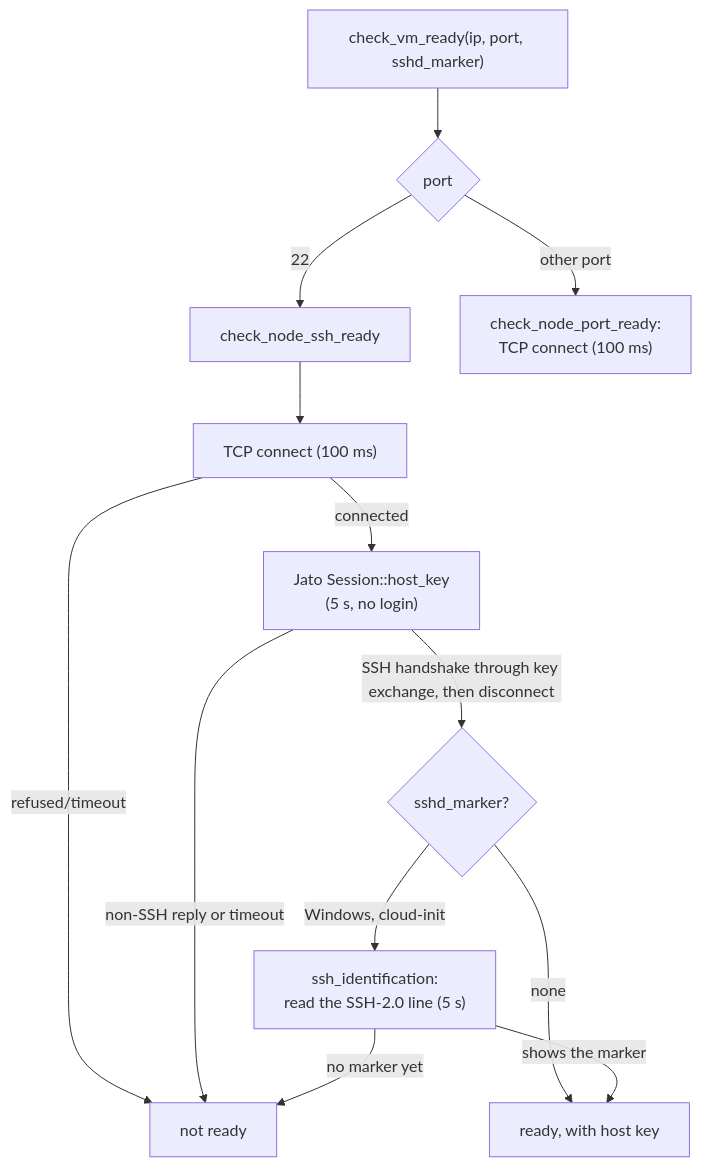
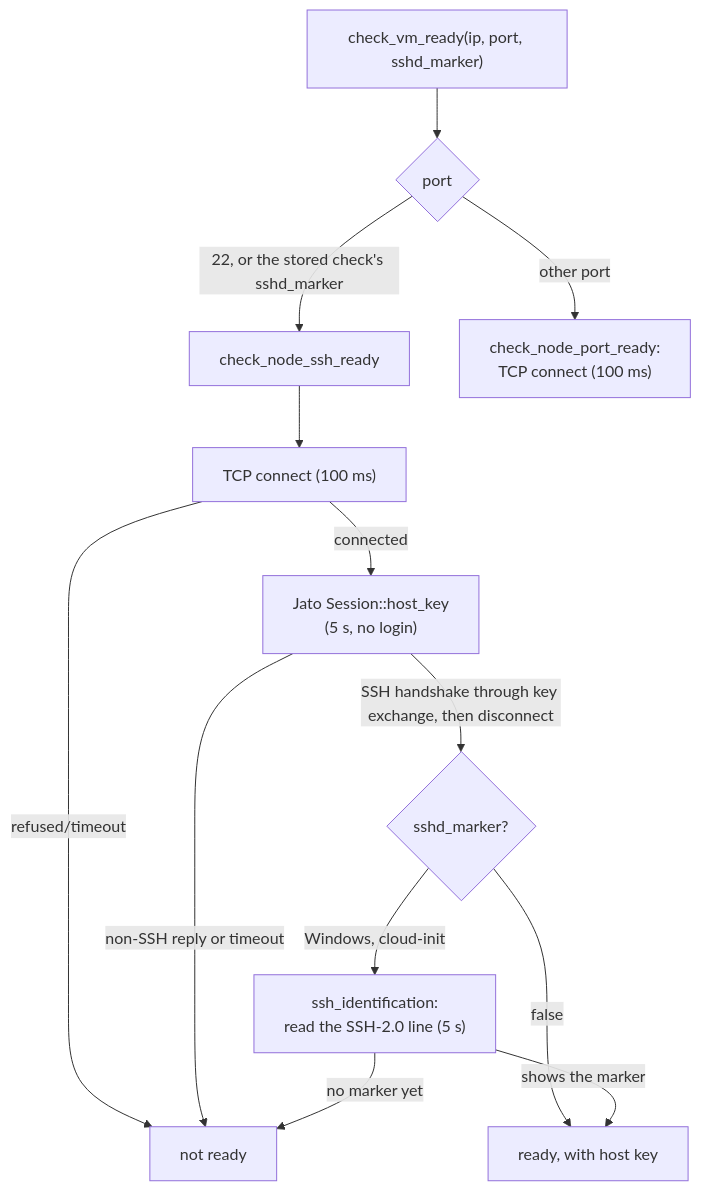
One commit to bwks/sherpa changed diagram 22 of 26 in docs/architecture/SERVER.md. Above: the diagram before and after it, drawn with Mermaid. The commit also changed other lines of this file and 9 other files, not shown here.

First line of the commit message:
docs: Keycloak and SurrealDB get per-node admins, and every readiness path reads the Windows marker [skip ci]

````diff
--- a/docs/architecture/SERVER.md
+++ b/docs/architecture/SERVER.md
@@ -1472,15 +1472,15 @@
 ```mermaid
 flowchart TB
     check["check_vm_ready(ip, port, sshd_marker)"] --> port{"port"}
-    port -->|22| ssh["check_node_ssh_ready"]
+    port -->|"22, or the stored check's sshd_marker"| ssh["check_node_ssh_ready"]
     ssh --> tcp["TCP connect (100 ms)"]
     tcp -->|"refused/timeout"| notready["not ready"]
     tcp -->|connected| hostkey["Jato Session::host_key<br/>(5 s, no login)"]
     hostkey -->|"non-SSH reply or timeout"| notready
     hostkey -->|"SSH handshake through key exchange, then disconnect"| marker{"sshd_marker?"}
-    marker -->|none| ready["ready, with host key"]
+    marker -->|false| ready["ready, with host key"]
     marker -->|"Windows, cloud-init"| ident["ssh_identification:<br/>read the SSH-2.0 line (5 s)"]
     ident -->|"shows the marker"| ready
     ident -->|"no marker yet"| notready
     port -->|other port| portready["check_node_port_ready:<br/>TCP connect (100 ms)"]
 ```
````
